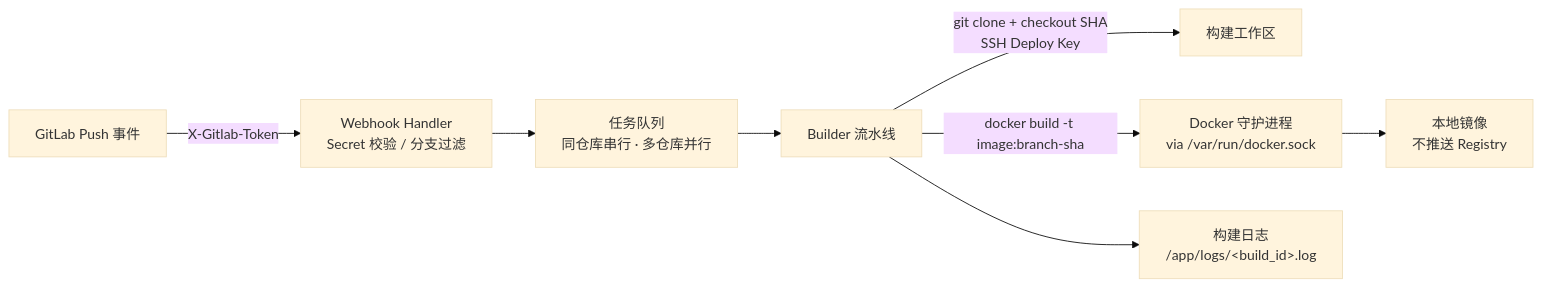
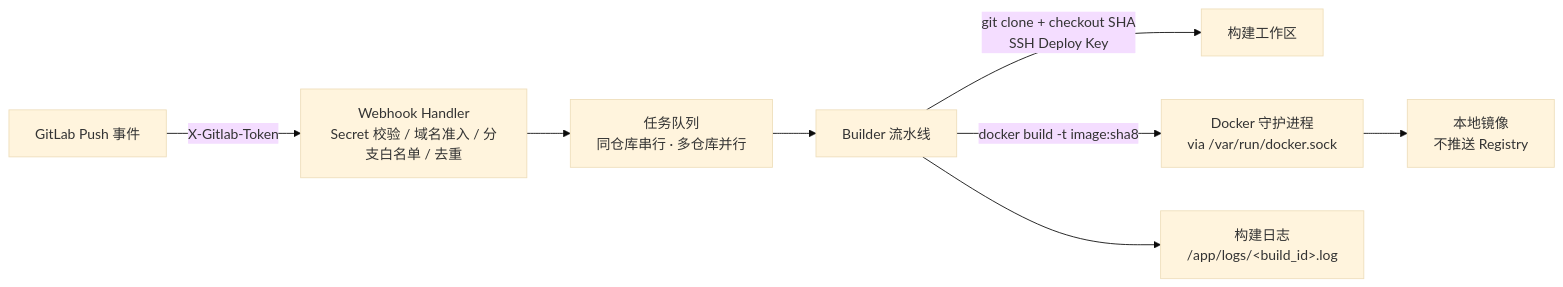
Before and after one commit to ops-cy/code-builder: the diagram in README.md, drawn with Mermaid (base theme). The commit also changed other lines of this file and 27 other files, not shown here.

````diff
--- a/README.md
+++ b/README.md
@@ -21,10 +22,10 @@
 ```mermaid
 flowchart LR
-    GL[GitLab Push 事件] -->|X-Gitlab-Token| WH[Webhook Handler<br/>Secret 校验 / 分支过滤]
+    GL[GitLab Push 事件] -->|X-Gitlab-Token| WH[Webhook Handler<br/>Secret 校验 / 域名准入 / 分支白名单 / 去重]
     WH --> Q[任务队列<br/>同仓库串行 · 多仓库并行]
     Q --> B[Builder 流水线]
     B -->|git clone + checkout SHA<br/>SSH Deploy Key| GC[构建工作区]
-    B -->|docker build -t image:branch-sha| DK[Docker 守护进程<br/>via /var/run/docker.sock]
+    B -->|docker build -t image:sha8| DK[Docker 守护进程<br/>via /var/run/docker.sock]
     DK --> IMG[本地镜像<br/>不推送 Registry]
     B --> L[构建日志<br/>/app/logs/&lt;build_id&gt;.log]
 ```
````
